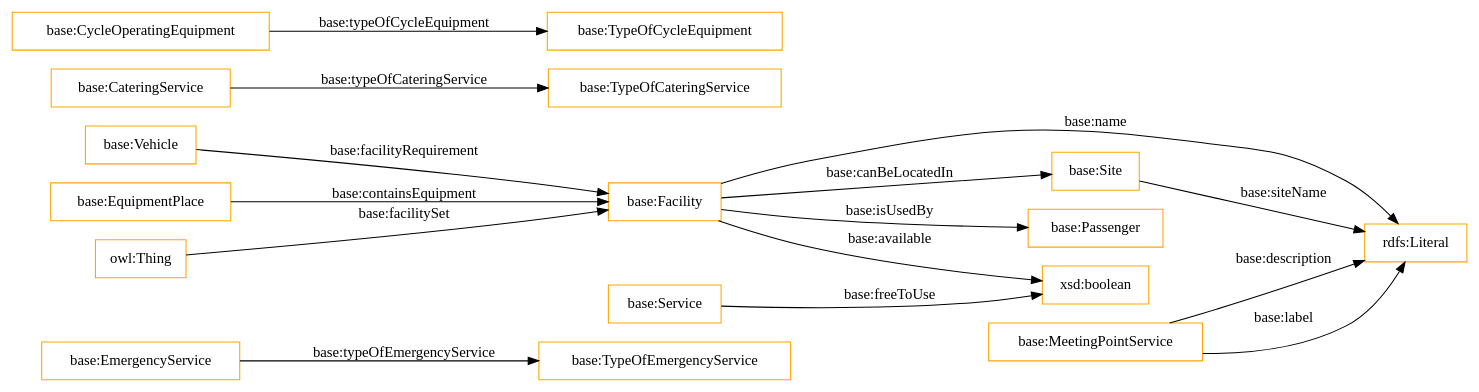
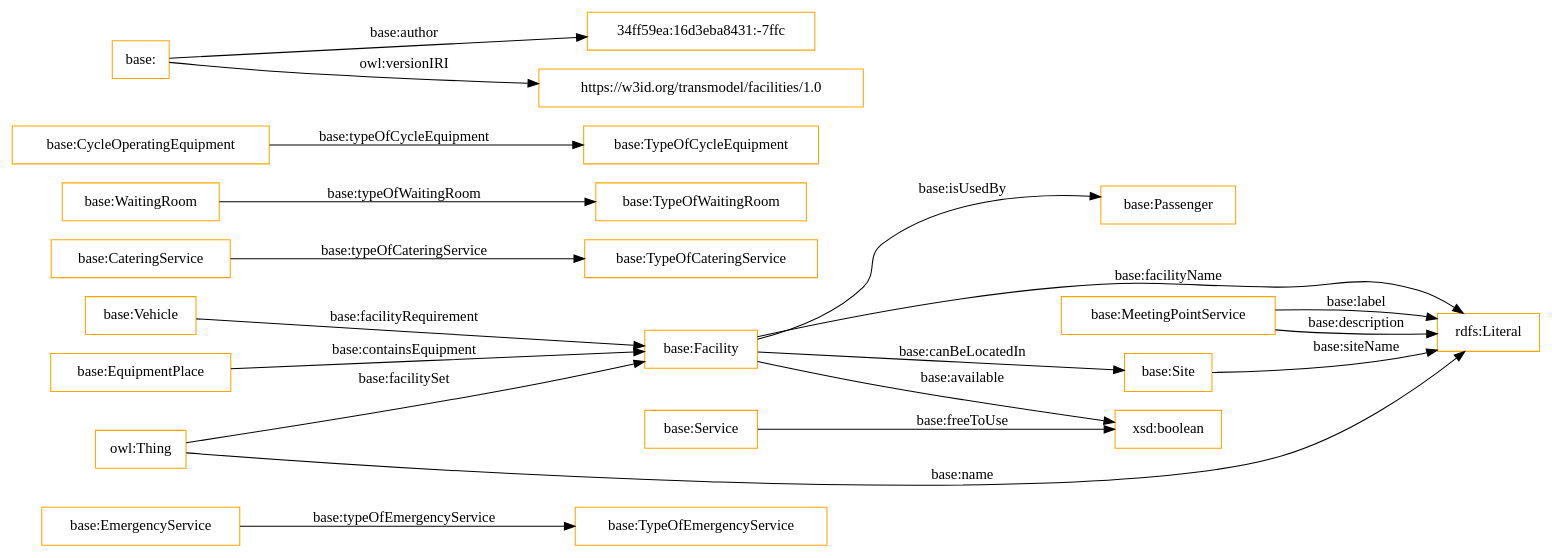
The diagram in OnToology/ontology/tm-facilities.owl/diagrams/ar2dtool-class/tm-facilities.owl.png.dot (oeg-upm/transmodel-ontology), drawn with Graphviz before and after one commit. The commit also changed 13 other files, not shown here.

```diff
--- a/OnToology/ontology/tm-facilities.owl/diagrams/ar2dtool-class/tm-facilities.owl.png.dot
+++ b/OnToology/ontology/tm-facilities.owl/diagrams/ar2dtool-class/tm-facilities.owl.png.dot
@@ -1,20 +1,24 @@
 digraph ar2dtool_diagram { 
 rankdir=LR;
 size="1501"
-node [shape = rectangle, color="orange"]; "base:EmergencyService" "base:Vehicle" "base:Facility" "base:CateringService" "base:TypeOfEmergencyService" "base:Site" "base:Service" "base:TypeOfCateringService" "base:Passenger" "base:CycleOperatingEquipment" "base:EquipmentPlace" "base:MeetingPointService" ; /*classes style*/
+node [shape = rectangle, color="orange"]; "base:EmergencyService" "base:Vehicle" "base:Facility" "base:CateringService" "base:TypeOfEmergencyService" "base:Site" "base:Service" "base:TypeOfCateringService" "base:TypeOfWaitingRoom" "base:Passenger" "base:WaitingRoom" "base:CycleOperatingEquipment" "base:TypeOfCycleEquipment" "base:EquipmentPlace" "base:MeetingPointService" ; /*classes style*/
+	"base:" -> "34ff59ea:16d3eba8431:-7ffc" [ label = "base:author" ];
+	"base:" -> "https://w3id.org/transmodel/facilities/1.0" [ label = "owl:versionIRI" ];
 	"base:Service" -> "xsd:boolean" [ label = "base:freeToUse" ];
 	"owl:Thing" -> "base:Facility" [ label = "base:facilitySet" ];
 	"base:EmergencyService" -> "base:TypeOfEmergencyService" [ label = "base:typeOfEmergencyService" ];
-	"base:Facility" -> "rdfs:Literal" [ label = "base:name" ];
+	"owl:Thing" -> "rdfs:Literal" [ label = "base:name" ];
 	"base:Facility" -> "base:Passenger" [ label = "base:isUsedBy" ];
+	"base:WaitingRoom" -> "base:TypeOfWaitingRoom" [ label = "base:typeOfWaitingRoom" ];
 	"base:Facility" -> "xsd:boolean" [ label = "base:available" ];
 	"base:CycleOperatingEquipment" -> "base:TypeOfCycleEquipment" [ label = "base:typeOfCycleEquipment" ];
 	"base:CateringService" -> "base:TypeOfCateringService" [ label = "base:typeOfCateringService" ];
 	"base:Facility" -> "base:Site" [ label = "base:canBeLocatedIn" ];
 	"base:MeetingPointService" -> "rdfs:Literal" [ label = "base:description" ];
 	"base:Vehicle" -> "base:Facility" [ label = "base:facilityRequirement" ];
 	"base:MeetingPointService" -> "rdfs:Literal" [ label = "base:label" ];
 	"base:Site" -> "rdfs:Literal" [ label = "base:siteName" ];
+	"base:Facility" -> "rdfs:Literal" [ label = "base:facilityName" ];
 	"base:EquipmentPlace" -> "base:Facility" [ label = "base:containsEquipment" ];
 
 }
```
